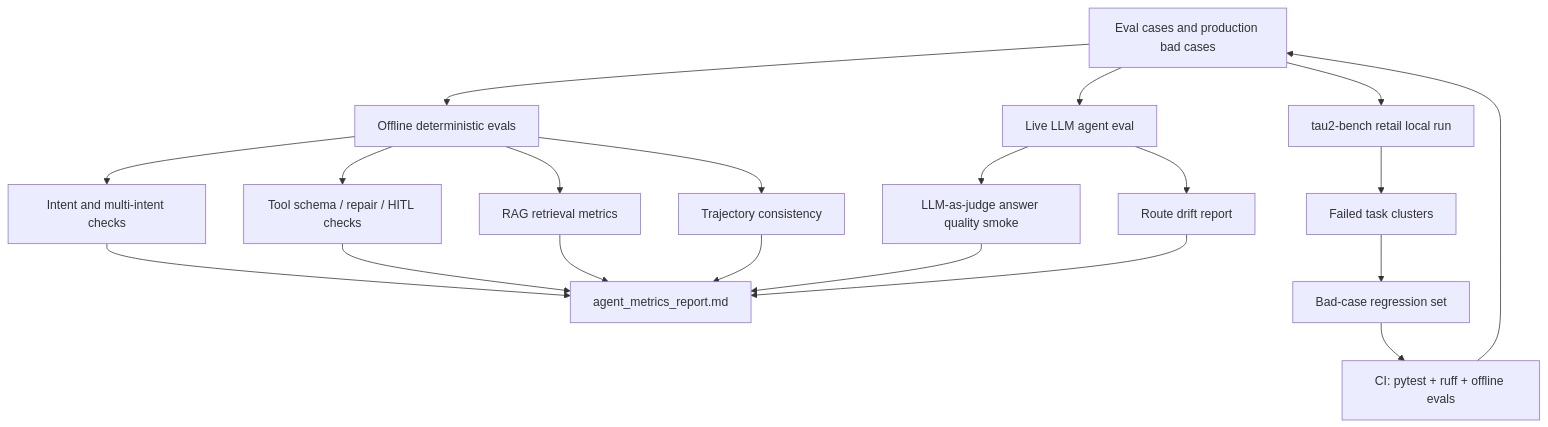
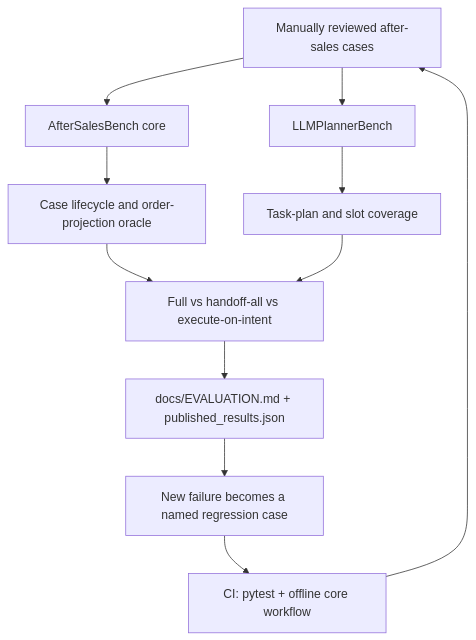
Before and after one commit to bigfish-emily/commerce-support-agent: the diagram in docs/diagrams/evaluation_flywheel.mmd, drawn with Mermaid. The commit also changed 29 other files, not shown here.

Commit message:
refine customer after-sales workflow

```diff
--- a/docs/diagrams/evaluation_flywheel.mmd
+++ b/docs/diagrams/evaluation_flywheel.mmd
@@ -1,23 +1,11 @@
 flowchart TD
-    Cases[Eval cases and production bad cases] --> Offline[Offline deterministic evals]
-    Offline --> Intent[Intent and multi-intent checks]
-    Offline --> Tool[Tool schema / repair / HITL checks]
-    Offline --> RAG[RAG retrieval metrics]
-    Offline --> Trace[Trajectory consistency]
-
-    Cases --> Live[Live LLM agent eval]
-    Live --> Judge[LLM-as-judge answer quality smoke]
-    Live --> Drift[Route drift report]
-
-    Cases --> Bench[tau2-bench retail local run]
-    Bench --> BenchFailures[Failed task clusters]
-
-    Intent --> Report[agent_metrics_report.md]
-    Tool --> Report
-    RAG --> Report
-    Trace --> Report
-    Judge --> Report
-    Drift --> Report
-    BenchFailures --> Regression[Bad-case regression set]
-    Regression --> CI[CI: pytest + ruff + offline evals]
+    Cases[Manually reviewed after-sales cases] --> Core[AfterSalesBench core]
+    Cases --> Planner[LLMPlannerBench]
+    Core --> State[Case lifecycle and order-projection oracle]
+    Planner --> Plan[Task-plan and slot coverage]
+    State --> Control[Full vs handoff-all vs execute-on-intent]
+    Plan --> Control
+    Control --> Report[docs/EVALUATION.md + published_results.json]
+    Report --> Regression[New failure becomes a named regression case]
+    Regression --> CI[CI: pytest + offline core workflow]
     CI --> Cases
```
